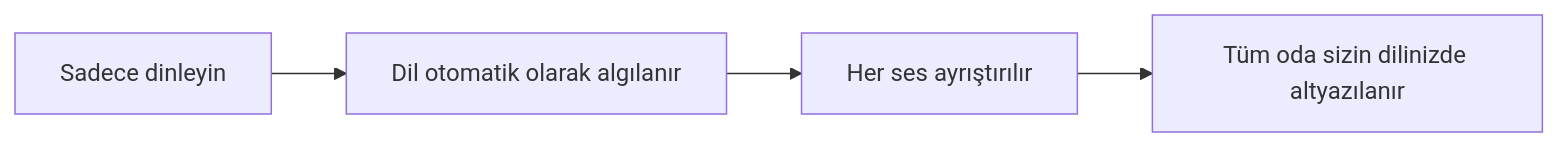
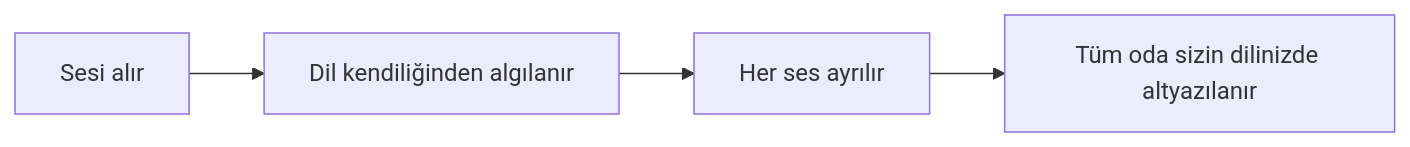
Before and after one commit to rpalm01-star/VigilantEarLegal: the first of 4 diagrams in README_tr.md, drawn with Mermaid. The commit also changed other lines of this file and 14 other files, not shown here.

````diff
--- a/README_tr.md
+++ b/README_tr.md
@@ -73,4 +82,4 @@
 ```mermaid
 graph LR
-    A["Sadece dinleyin"] --> B["Dil otomatik olarak algılanır"] --> C["Her ses ayrıştırılır"] --> D["Tüm oda sizin dilinizde altyazılanır"]
+    A["Sesi alır"] --> B["Dil kendiliğinden algılanır"] --> C["Her ses ayrılır"] --> D["Tüm oda sizin dilinizde altyazılanır"]
 ```
````
